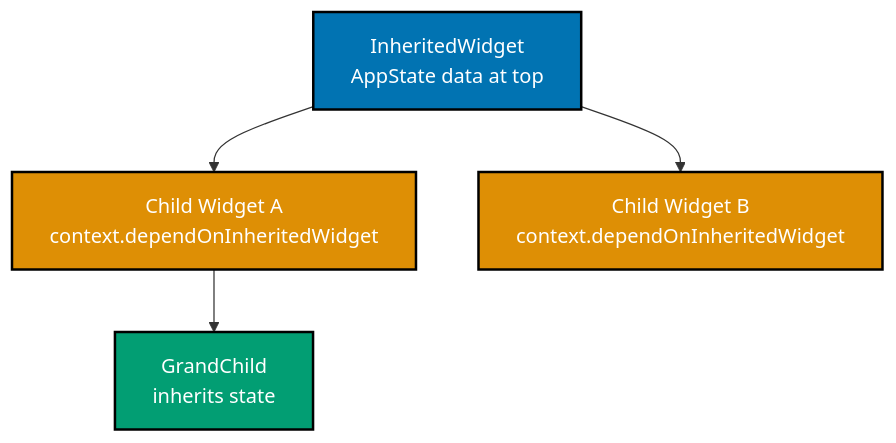
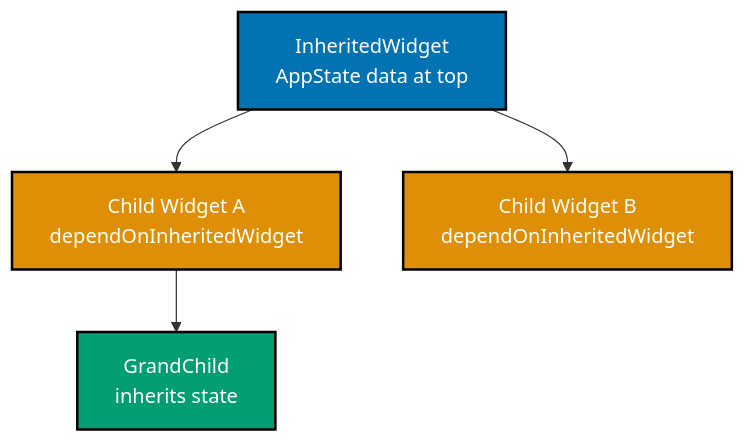
The first of 2 diagrams in apps/ayokoding-www/content/en/learn/software-engineering/platforms/web/tools/dart-flutter-web/by-example/intermediate.md (wahidyankf/baseerah), drawn with Mermaid before and after one commit. The commit also changed 88 other files, not shown here.

First line of the commit message:
fix(ayokoding-www): resolve pre-existing Mermaid violations, exclude fixtures/plans-done

````diff
--- a/apps/ayokoding-www/content/en/learn/software-engineering/platforms/web/tools/dart-flutter-web/by-example/intermediate.md
+++ b/apps/ayokoding-www/content/en/learn/software-engineering/platforms/web/tools/dart-flutter-web/by-example/intermediate.md
@@ -30,11 +30,11 @@
 ```mermaid
 graph TD
-  A["InheritedWidget<br/>AppState data at top"] --> B["Child Widget A<br/>context.dependOnInheritedWidget"]
-  A --> C["Child Widget B<br/>context.dependOnInheritedWidget"]
+  A["InheritedWidget<br/>AppState data at top"] --> B["Child Widget A<br/>dependOnInheritedWidget"]
+  A --> C["Child Widget B<br/>dependOnInheritedWidget"]
   B --> D["GrandChild<br/>inherits state"]
 
   style A fill:#0173B2,stroke:#000000,color:#FFFFFF,stroke-width:2px
   style B fill:#DE8F05,stroke:#000000,color:#FFFFFF,stroke-width:2px
   style C fill:#DE8F05,stroke:#000000,color:#FFFFFF,stroke-width:2px
   style D fill:#029E73,stroke:#000000,color:#FFFFFF,stroke-width:2px
 ```
````
